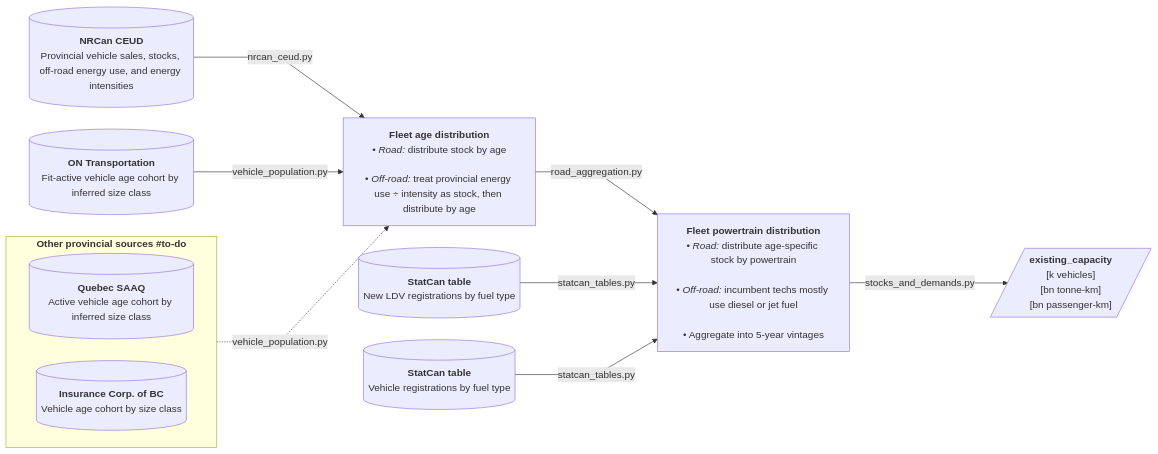
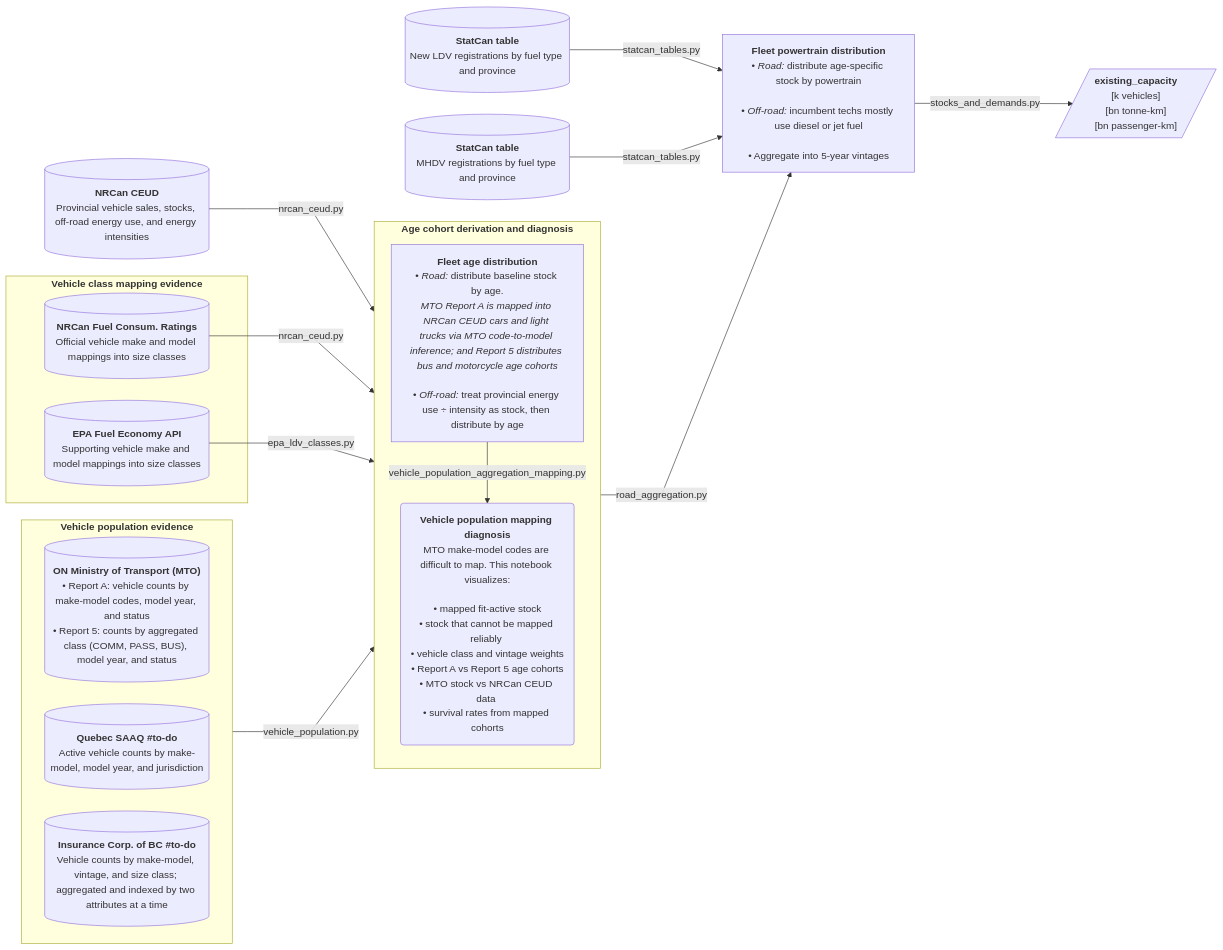
The second of 12 diagrams in docs/etl_flowcharts.md (CANOE-main/canoe-transportation), drawn with Mermaid before and after one commit. The commit also changed other lines of this file and 23 other files, not shown here.

First line of the commit message:
Finalize transportation architecture, lifetime diagnostics, and vehicle mappings

````diff
--- a/docs/etl_flowcharts.md
+++ b/docs/etl_flowcharts.md
@@ -56,45 +61,70 @@
 ```mermaid
 ---
 config:
   layout: dagre
   flowchart:
     nodeSpacing: 35
     rankSpacing: 50
     wrappingWidth: 250
     curve: linear
 ---
 flowchart LR
   %% --- Sources ---
   s0[("`**NRCan CEUD**<br>Provincial vehicle sales, stocks, off-road energy use, and energy intensities`")]
-  s1[("`**ON Transportation**<br>Fit-active vehicle age cohort by inferred size class`")]
 
-  subgraph expansion["`**Other provincial sources #to-do**`"]
-    direction LR
-    s2[("`**Quebec SAAQ**<br>Active vehicle age cohort by inferred size class`")]
-    s3[("`**Insurance Corp. of BC**<br>Vehicle age cohort by size class`")]
+  subgraph expansion["`**Vehicle population evidence**`"]
+  direction LR
+    s1[("`**ON Ministry of Transport (MTO)**<br>• Report A: vehicle counts by make-model codes, model year, and status<br>• Report 5: counts by aggregated class (COMM, PASS, BUS), model year, and status`")]
+    s2[("`**Quebec SAAQ #to-do**<br>Active vehicle counts by make-model, model year, and jurisdiction`")]
+    s3[("`**Insurance Corp. of BC #to-do**<br>Vehicle counts by make-model, vintage, and size class; aggregated and indexed by two attributes at a time`")]
   end
 
-  s4[("`**StatCan table**<br>New LDV registrations by fuel type`")]
-  s5[("`**StatCan table**<br>Vehicle registrations by fuel type`")]
+  subgraph classes["`**Vehicle class mapping evidence**`"]
+    s1_2[("`**NRCan Fuel Consum. Ratings**<br>Official vehicle make and model mappings into size classes`")]
+    s1_3[("`**EPA Fuel Economy API**<br>Supporting vehicle make and model mappings into size classes`")]
+  end
+
+  s4[("`**StatCan table**<br>New LDV registrations by fuel type and province`")]
+  s5[("`**StatCan table**<br>MHDV registrations by fuel type and province`")]
 
   %% --- Processes ---
-  p1["`**Fleet age distribution<br>**• *Road:* distribute stock by age<br><br>• *Off-road:* treat provincial energy use ÷ intensity as stock, then distribute by age`"]
-  s0 -- nrcan_ceud.py --> p1
-  s1 -- vehicle_population.py --> p1
-  expansion -. "vehicle_population.py" .-> p1
+  subgraph age["`**Age cohort derivation and diagnosis**`"]
+    direction TB
+    p1["`**Fleet age distribution**
+    • *Road:* distribute baseline stock by age.
+    *MTO Report A is mapped into NRCan CEUD cars and light trucks via MTO code-to-model inference; and Report 5 distributes bus and motorcycle age cohorts*<br>
+    • *Off-road:* treat provincial energy use ÷ intensity as stock, then distribute by age`"]
+
+    p1_2("`**Vehicle population mapping diagnosis**`"
+    MTO make-model codes are difficult to map. This notebook visualizes:<br>
+    • mapped fit-active stock
+    • stock that cannot be mapped reliably 
+    • vehicle class and vintage weights
+    • Report A vs Report 5 age cohorts
+    • MTO stock vs NRCan CEUD data 
+    • survival rates from mapped cohorts)
+    p1 -- vehicle_population_aggregation_mapping.py --> p1_2
+  end
+  
+  s0 -- nrcan_ceud.py --> age
+  s1 -- vehicle_population.py --> age
+  s1_2 -- nrcan_ceud.py --> age
+  s1_3 -- epa_ldv_classes.py --> age
 
   p2["`**Fleet powertrain distribution**<br>• *Road:* distribute age-specific stock by powertrain<br><br>• *Off-road:* incumbent techs mostly use diesel or jet fuel<br><br>• Aggregate into 5-year vintages`"]
-  p1 -- road_aggregation.py --> p2
+  age -- road_aggregation.py --> p2
   s4 -- statcan_tables.py --> p2
   s5 -- statcan_tables.py --> p2
 
   p2 -- stocks_and_demands.py --> o1[/"`**existing_capacity**<br>[k vehicles]<br>[bn tonne-km]<br>[bn passenger-km]`"/]
 
   %% --- Hyperlinks ---
   click s5 "https://doi.org/10.25318/2310030801-eng"
   click s4 "https://doi.org/10.25318/2010002501-eng"
   click s3 "https://public.tableau.com/app/profile/icbc/viz/VehiclePopulationIntroPage/VehiclePopulationData"
   click s2 "https://www.donneesquebec.ca/recherche/dataset/vehicules-en-circulation"
   click s1 "https://data.ontario.ca/dataset/vehicle-population-data"
   click s0 "https://oee.nrcan.gc.ca/corporate/statistics/neud/dpa/menus/trends/comprehensive_tables/list.cfm"
+  click s1_2 "https://open.canada.ca/data/en/dataset/98f1a129-f628-4ce4-b24d-6f16bf24dd64"
+  click s1_3 "https://www.fueleconomy.gov/feg/ws/index.shtml"
 ```
````
